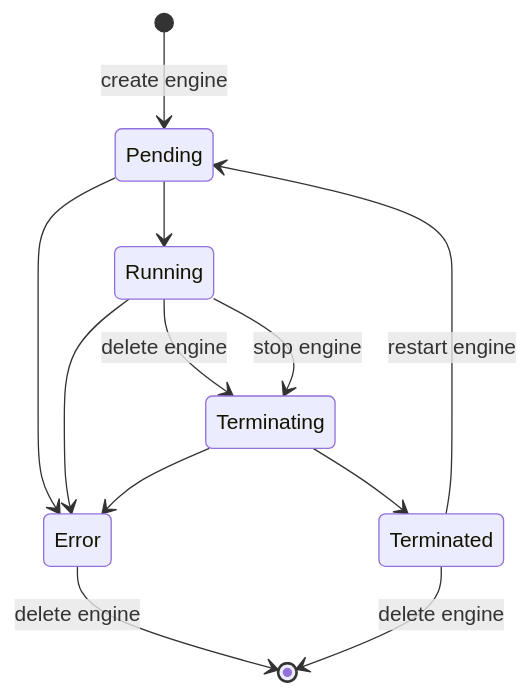
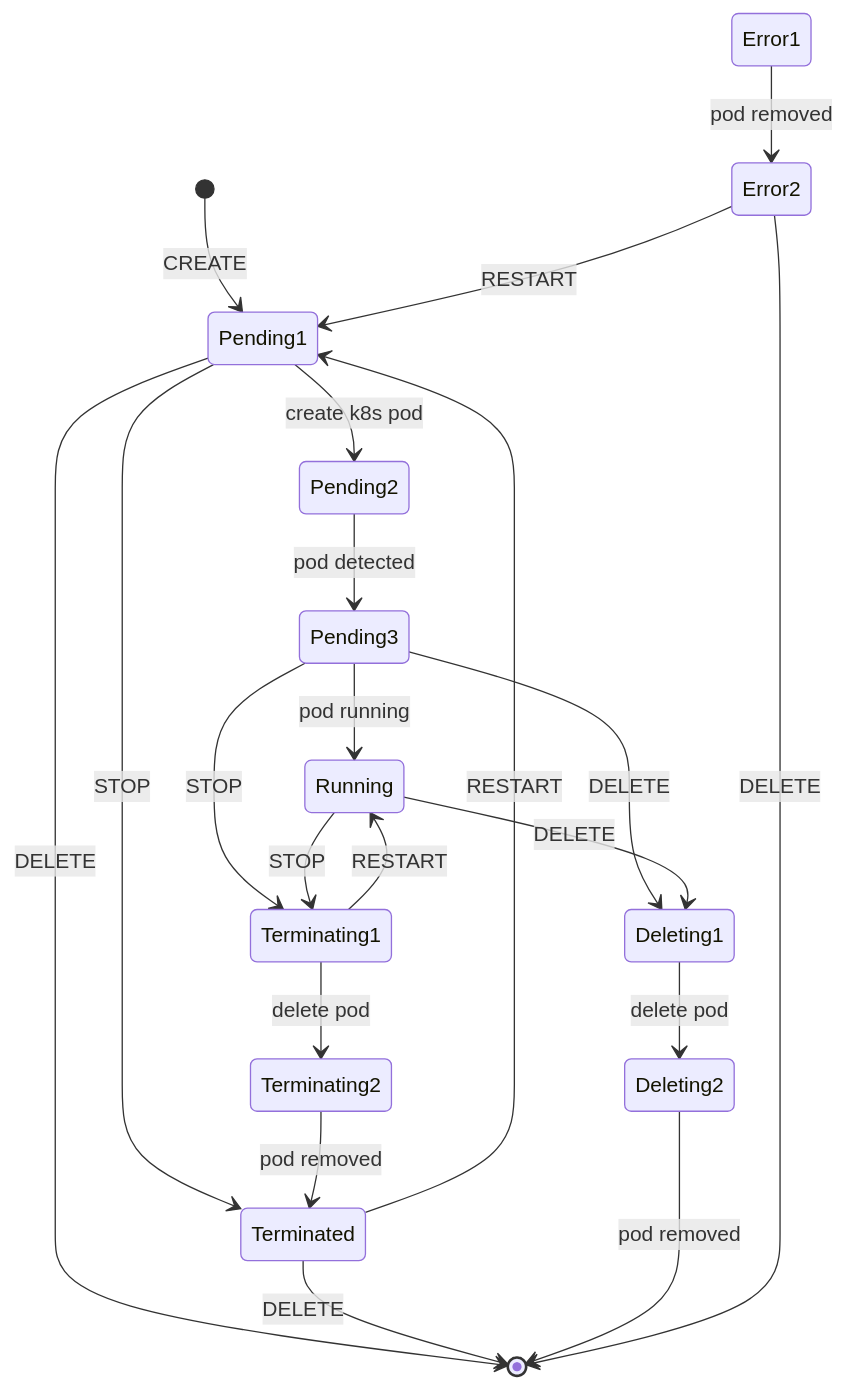
The second of 2 diagrams in README.md (HaoYang670/rucat), drawn with Mermaid before and after one commit. The commit also changed other lines of this file, not shown here.

Commit message:
update diagrams

````diff
--- a/README.md
+++ b/README.md
@@ -21,14 +26,33 @@
 ```mermaid
-stateDiagram-v2
-    [*] --> Pending: create engine
-    Pending --> Error
-    Pending --> Running
-    Running --> Error
-    Running --> Terminating: delete engine
-    Running --> Terminating: stop engine
-    Terminating --> Error
-    Terminating --> Terminated
-    Terminated --> Pending: restart engine
-    Terminated --> [*]: delete engine
-    Error --> [*]: delete engine
+stateDiagram
+
+    [*] --> Pending1: CREATE
+    Pending1 --> Pending2: create k8s pod
+    Pending1 --> Terminated: STOP
+    Pending1 --> [*]: DELETE
+
+    Pending2 --> Pending3: pod detected
+    Pending3 --> Running: pod running
+    Pending3 --> Terminating1: STOP
+    Pending3 --> Deleting1: DELETE
+
+    Running --> Terminating1: STOP
+    Running --> Deleting1: DELETE
+
+    Terminating1 --> Running: RESTART
+    Terminating1 --> Terminating2: delete pod
+
+    Terminating2 --> Terminated: pod removed
+
+    Terminated --> Pending1: RESTART
+    Terminated --> [*]: DELETE
+
+    Deleting1 --> Deleting2: delete pod
+
+    Deleting2 --> [*]: pod removed
+
+    Error1 --> Error2: pod removed
+    Error2 --> Pending1: RESTART
+    Error2 --> [*]: DELETE
+
 ```
````
